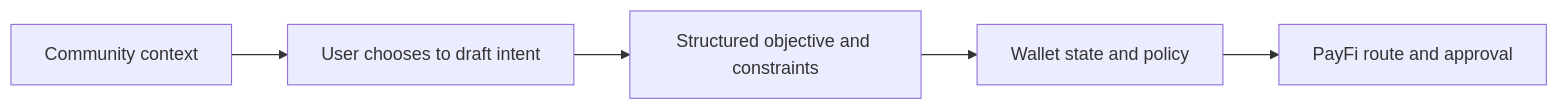
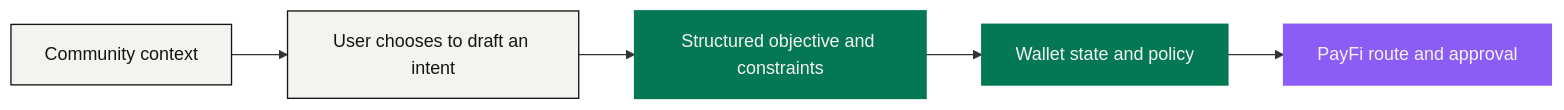
Before and after one commit to NEXONMarkets/NEXON-Whitepaper: the diagram in docs/en/04-product-stack/social.md, drawn with Mermaid. The commit also changed other lines of this file and 85 other files, not shown here.

````diff
--- a/docs/en/04-product-stack/social.md
+++ b/docs/en/04-product-stack/social.md
@@ -18,7 +20,13 @@
 ```mermaid
 flowchart LR
-    C["Community context"] --> D["User chooses to draft intent"]
+    C["Community context"] --> D["User chooses to draft an intent"]
     D --> I["Structured objective and constraints"]
     I --> W["Wallet state and policy"]
     W --> P["PayFi route and approval"]
+    classDef anchor fill:#047854,stroke:#047854,stroke-width:1.5px,color:#F5F3F0
+    classDef engine fill:#8B5CF6,stroke:#8B5CF6,stroke-width:1.5px,color:#F5F3F0
+    classDef solid  fill:#F5F3F0,stroke:#141414,stroke-width:1.2px,color:#141414
+    class C,D solid
+    class I,W anchor
+    class P engine
 ```
````
